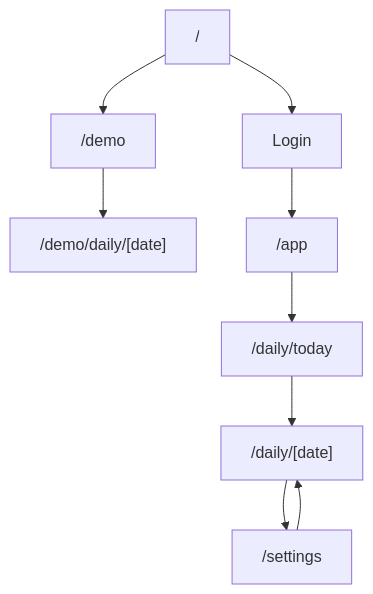
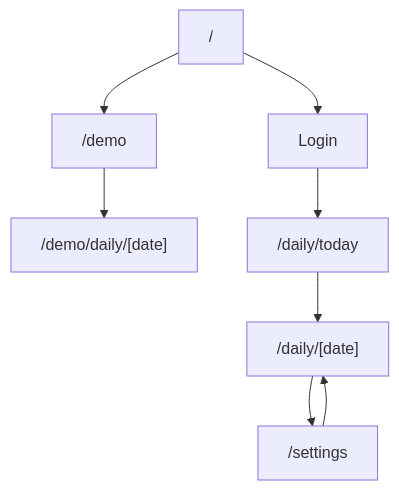
One commit to fujisakiwahei/todaysme changed the first of 7 diagrams in docs/SPEC.md. Above: the diagram before and after it, drawn with Mermaid. The commit also changed other lines of this file and 1 other file, not shown here.

Commit message:
[Claude] `/app` ルートを廃止し、ログイン後は `/daily/today` に直接遷移
トップページ実装と login 後の直接リダイレクトにより `/app` の存在意義（ログイン後の起点として `/daily/today` にリダイレクトする中継）が無くなったため、リンクと SPEC から除去する。Issue #33 はこの変更によりクローズ。

````diff
--- a/docs/SPEC.md
+++ b/docs/SPEC.md
@@ -138,12 +137,11 @@
 ```mermaid
 flowchart TD
   top["/"] --> demo["/demo"]
   demo --> demoDaily["/demo/daily/[date]"]
 
   top --> login["Login"]
-  login --> app["/app"]
-  app --> today["/daily/today"]
+  login --> today["/daily/today"]
   today --> daily["/daily/[date]"]
   daily --> settings["/settings"]
   settings --> daily
 ```
````
